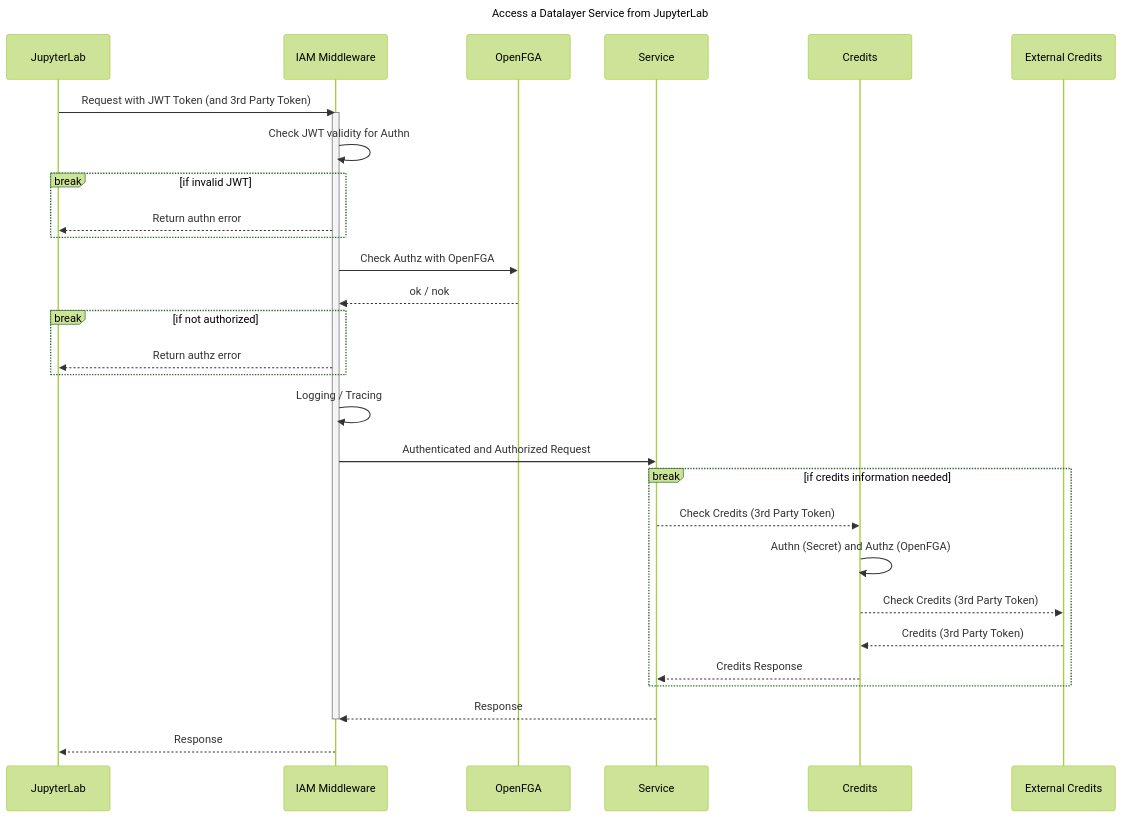
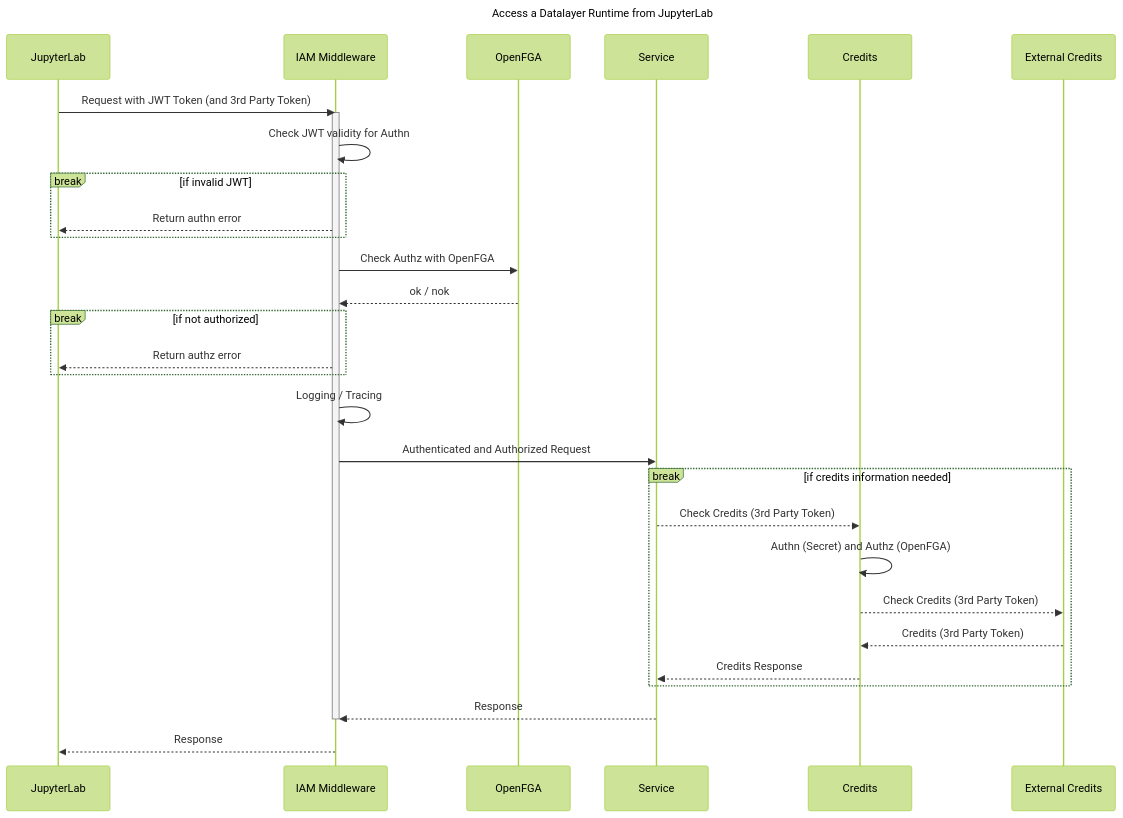
One commit to datalayer/clouder changed the third of 5 diagrams in docs/docs/services/02-iam/index.mdx. Above: the diagram before and after it, drawn with Mermaid (forest theme). The commit also changed other lines of this file and 19 other files, not shown here.

````diff
--- a/docs/docs/services/02-iam/index.mdx
+++ b/docs/docs/services/02-iam/index.mdx
@@ -181,26 +181,26 @@
 ```mermaid
-sequenceDiagram title Access a Datalayer Service from JupyterLab
+sequenceDiagram title Access a Datalayer Runtime from JupyterLab
     JupyterLab->>IAM Middleware: Request with JWT Token (and 3rd Party Token)
     activate IAM Middleware
     IAM Middleware->>IAM Middleware: Check JWT validity for Authn
     break if invalid JWT
       IAM Middleware-->>JupyterLab: Return authn error
     end
     IAM Middleware->>OpenFGA: Check Authz with OpenFGA
     OpenFGA-->>IAM Middleware: ok / nok
     break if not authorized
       IAM Middleware-->>JupyterLab: Return authz error
     end
     IAM Middleware->>IAM Middleware: Logging / Tracing
     IAM Middleware->>Service: Authenticated and Authorized Request
     break if credits information needed
       Service-->>Credits: Check Credits (3rd Party Token)
       Credits->>Credits: Authn (Secret) and Authz (OpenFGA)
       Credits-->>External Credits: Check Credits (3rd Party Token)
       External Credits-->>Credits: Credits (3rd Party Token)
       Credits-->>Service: Credits Response
     end
     Service-->>IAM Middleware: Response
     deactivate IAM Middleware
     IAM Middleware-->>JupyterLab: Response
 ```
````
